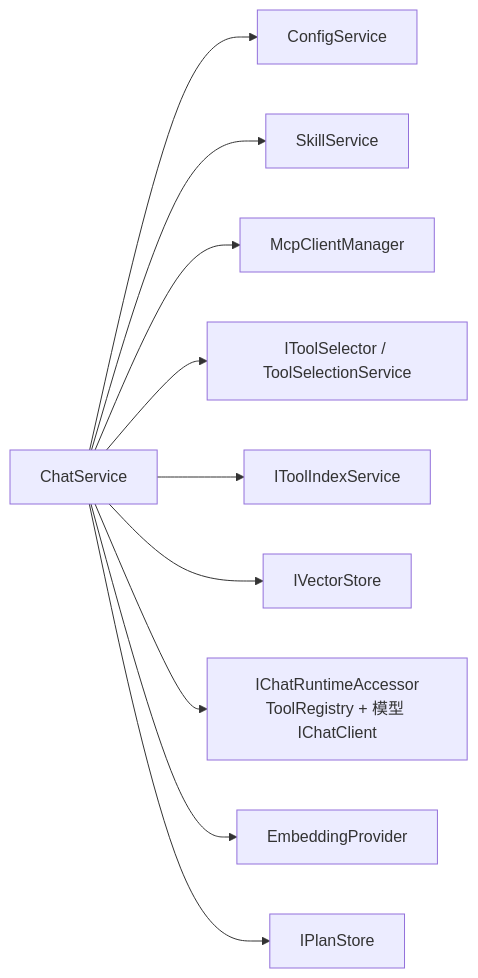
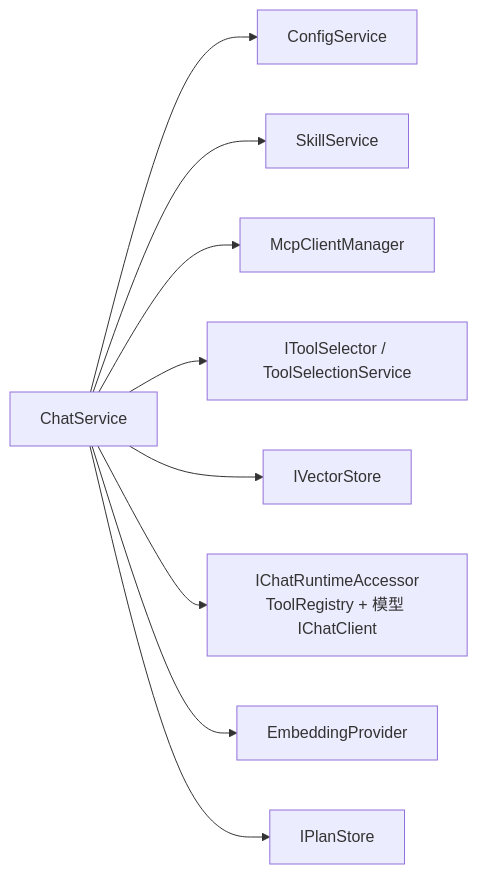
One commit to torsilver/OpenWorkmate changed the fourth of 10 diagrams in docs/architecture-dimensions.md. Above: the diagram before and after it, drawn with Mermaid. The commit also changed other lines of this file and 22 other files, not shown here.

````diff
--- a/docs/architecture-dimensions.md
+++ b/docs/architecture-dimensions.md
@@ -116,14 +116,13 @@
 ```mermaid
 flowchart LR
   CS["ChatService"]
 
   CS --> CFG["ConfigService"]
   CS --> SKL["SkillService"]
   CS --> MCP["McpClientManager"]
   CS --> TS["IToolSelector / ToolSelectionService"]
-  CS --> TI["IToolIndexService"]
   CS --> VS["IVectorStore"]
   CS --> CRA["IChatRuntimeAccessor<br/>ToolRegistry + 模型 IChatClient"]
   CS --> EP["EmbeddingProvider"]
   CS --> PS["IPlanStore"]
 ```
````
